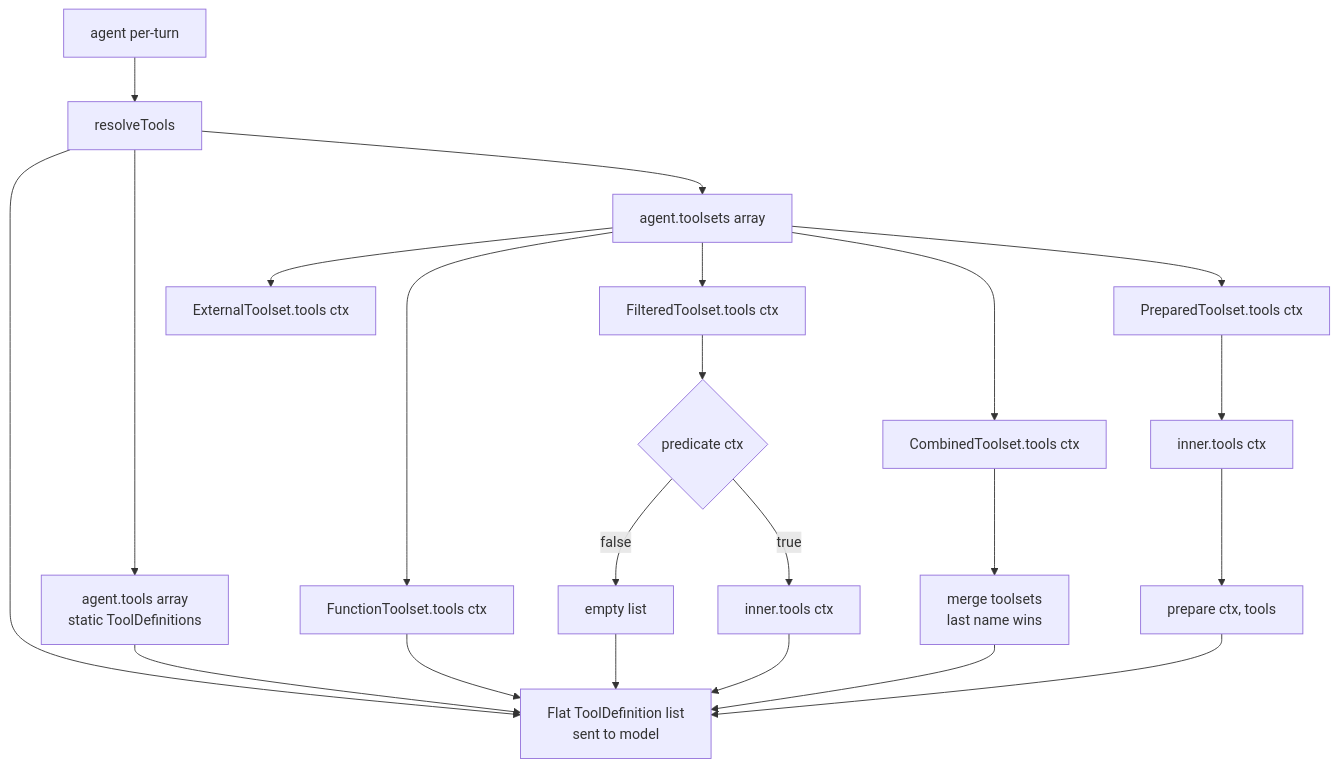
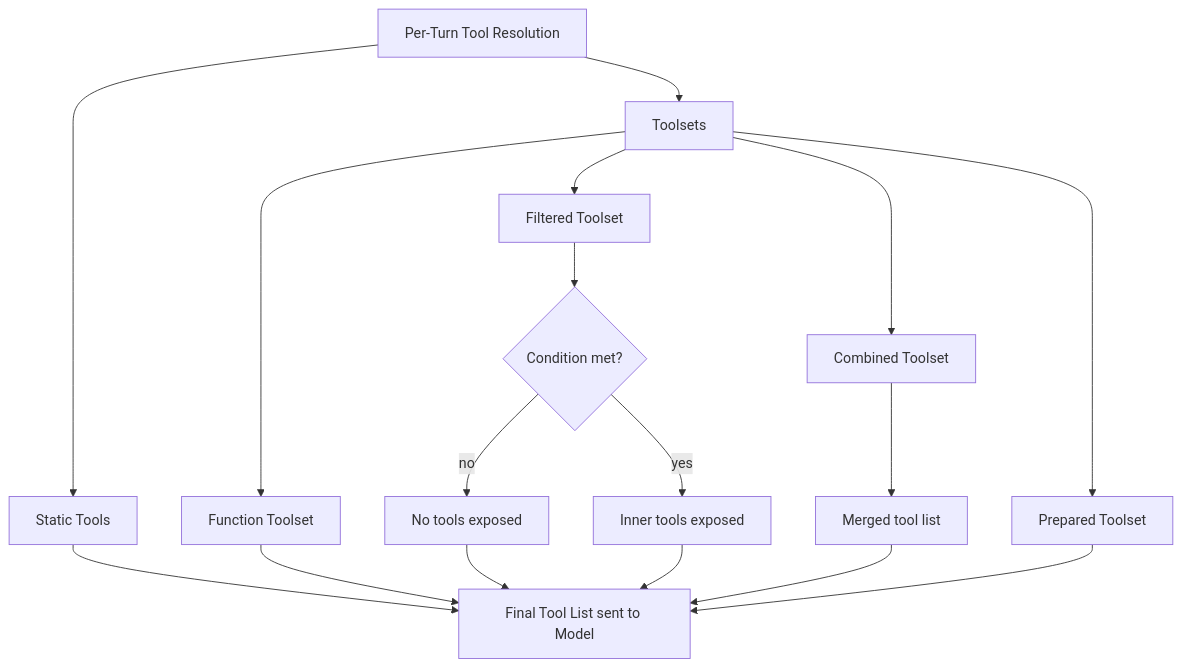
Before and after one commit to a7ul/vibes: the diagram in packages/framework/docs/concepts/toolsets.mdx, drawn with Mermaid. The commit also changed 26 other files, not shown here.

````diff
--- a/packages/framework/docs/concepts/toolsets.mdx
+++ b/packages/framework/docs/concepts/toolsets.mdx
@@ -12,24 +12,19 @@
 ```mermaid
 graph TD
-    A[agent per-turn] --> B[resolveTools]
-    B --> C[agent.tools array\nstatic ToolDefinitions]
-    B --> D[agent.toolsets array]
-    D --> E[FunctionToolset.tools ctx]
-    D --> F[FilteredToolset.tools ctx]
-    D --> G[CombinedToolset.tools ctx]
-    D --> H[PreparedToolset.tools ctx]
-    D --> I[ExternalToolset.tools ctx]
-    F --> J{predicate ctx}
-    J -- false --> K[empty list]
-    J -- true --> L[inner.tools ctx]
-    G --> M[merge toolsets\nlast name wins]
-    H --> N[inner.tools ctx]
-    N --> O[prepare ctx, tools]
-    B --> P[Flat ToolDefinition list\nsent to model]
-    C --> P
-    E --> P
-    K --> P
-    L --> P
-    M --> P
-    O --> P
+    A[Per-Turn Tool Resolution] --> B[Static Tools]
+    A --> C[Toolsets]
+    C --> D[Function Toolset]
+    C --> E[Filtered Toolset]
+    C --> F[Combined Toolset]
+    C --> G[Prepared Toolset]
+    E --> H{Condition met?}
+    H -- no --> I[No tools exposed]
+    H -- yes --> J[Inner tools exposed]
+    F --> K[Merged tool list]
+    B --> L[Final Tool List sent to Model]
+    D --> L
+    I --> L
+    J --> L
+    K --> L
+    G --> L
 ```
````
